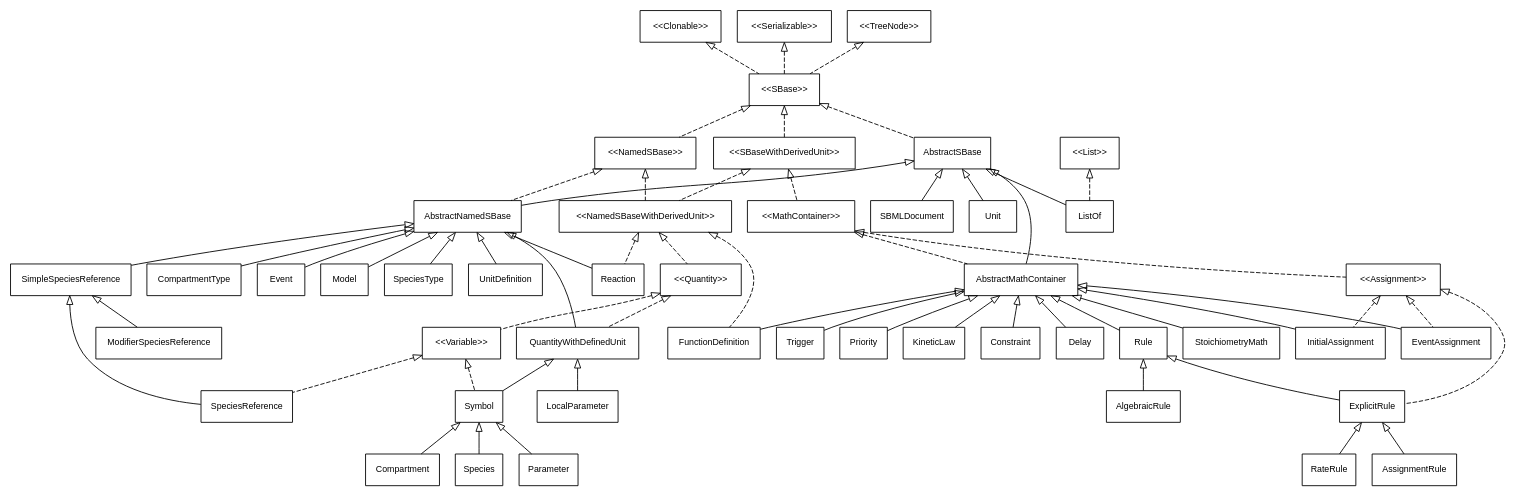
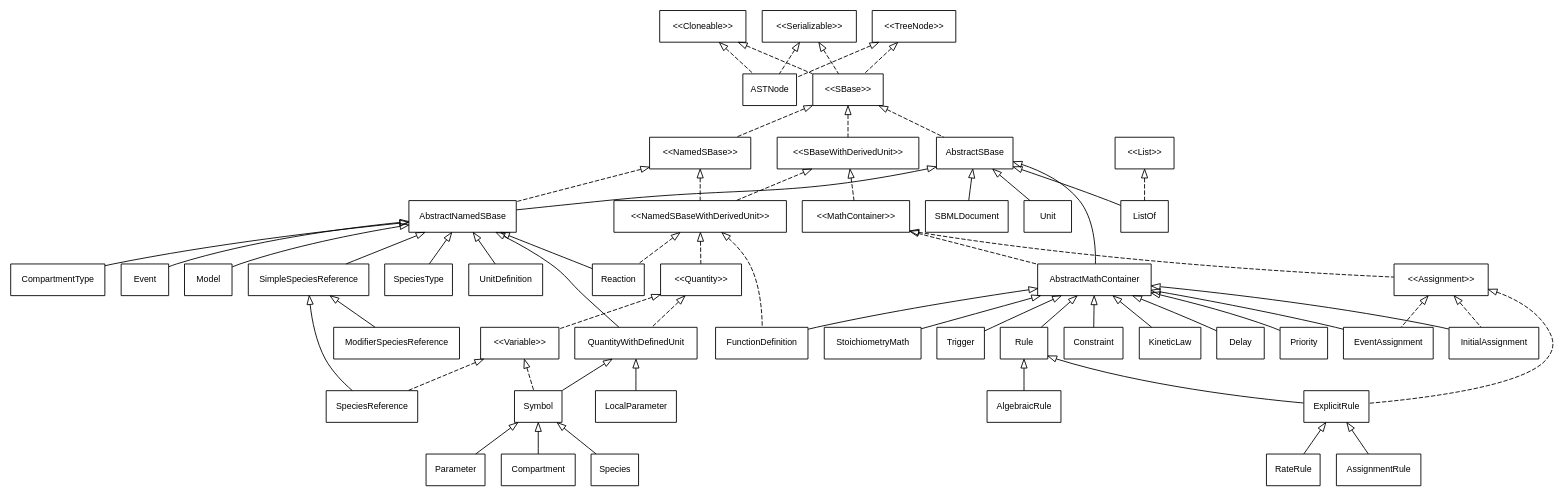
Before and after one commit to sbmlteam/jsbml: the diagram in files/FullTypeHierarchy.dot, drawn with Graphviz. The commit also changed 4 other files, not shown here.

Commit message:
ASTNode now also declares its cloneable property by extending the dedicated java interface and has now also become part of our type hierarchy graph.

```diff
--- a/files/FullTypeHierarchy.dot
+++ b/files/FullTypeHierarchy.dot
@@ -1,81 +1,135 @@
 #!/usr/local/bin/dot
 #
 # dot -Tpdf FullTypeHierarchy.dot -oFullTypeHierarchy.pdf && acroread FullTypeHierarchy.pdf &
+# dot -Tpng FullTypeHierarchy.dot -oFullTypeHierarchy.png
 
 strict digraph G{
-  
+
+	  nodesep=0.25;
+	  ranksep=0.5;
+	    
   	edge [
   	  fontname="Helvetica",
   	  fontsize=10,
   	  labelfontname="Helvetica",
   	  labelfontsize=10
   	];
 	  node [
 	    fontname="Helvetica",
 	    fontsize=10,
 	    shape=box
 	  ];
-	  nodesep=0.25;
-	  ranksep=0.5;
   
+  Cloneable                 [label="<<Cloneable>>"];
+  Serializable              [label="<<Serializable>>"];
+  TreeNode                  [label="<<TreeNode>>"];
+  ASTNode                   [label="ASTNode"];
+  SBase                     [label="<<SBase>>"];
+  namedSBase                [label="<<NamedSBase>>"];
+  NamedSBaseWithDerivedUnit [label="<<NamedSBaseWithDerivedUnit>>"];
+  MathContainer             [label="<<MathContainer>>"];
+  Assignment                [label="<<Assignment>>"];
+  AbstractMathContainer     [label="AbstractMathContainer"];
+  AbstractNamedSBase        [label="AbstractNamedSBase"];
+  FunctionDefinition        [label=FunctionDefinition];
+  AbstractSBase             [label="AbstractSBase"];
+  ListOf                    [label="ListOf"];
+  List                      [label="<<List>>"];
+  Rule                      [label="Rule"];
+  Constraint                [label="Constraint"];
+  AlgebraicRule             [label="AlgebraicRule"];
+  ExplicitRule              [label="ExplicitRule"];
+  AssignmentRule            [label="AssignmentRule"];
+  KineticLaw                [label="KineticLaw"];
+  SBMLDocument              [label="SBMLDocument"];
+  Unit                      [label="Unit"];
+  Delay                     [label="Delay"];
+  Reaction                  [label="Reaction"];
+  Priority                  [label="Priority"];
+  RateRule                  [label="RateRule"];
+  CompartmentType           [label="CompartmentType"];
+  Event                     [label="Event"];
+  EventAssignment           [label="EventAssignment"];
+  Model                     [label="Model"];
+  SimpleSpeciesReference    [label="SimpleSpeciesReference"];
+  SpeciesType               [label="SpeciesType"];
+  InitialAssignment         [label="InitialAssignment"];
+  UnitDefinition            [label="UnitDefinition"];
+  StoichiometryMath         [label="StoichiometryMath"];
+  Delay                     [label="Delay"];
+  SpeciesReference          [label="SpeciesReference"];
+  ModifierSpeciesReference  [label="ModifierSpeciesReference"];
+  QuantityWithDefinedUnit   [label="QuantityWithDefinedUnit"];
+  Quantity                  [label="<<Quantity>>"];
+  SBaseWithDerivedUnit      [label="<<SBaseWithDerivedUnit>>"];
+  Variable                  [label="<<Variable>>"];
+  Symbol                    [label="Symbol"];
+  Parameter                 [label="Parameter"];
+  Compartment               [label="Compartment"];
+  Species                   [label="Species"];
+  LocalParameter            [label="LocalParameter"];
+  Trigger                   [label="Trigger"];
   
 
-  "<<Clonable>>" -> "<<SBase>>" [dir=back,arrowtail=empty,style=dashed];
-  "<<Serializable>>" -> "<<SBase>>"  [dir=back,arrowtail=empty,style=dashed];
-  "<<TreeNode>>" -> "<<SBase>>"  [dir=back,arrowtail=empty,style=dashed];
-  "<<SBase>>" -> "<<NamedSBase>>" [dir=back,arrowtail=empty,style=dashed];
-  "<<SBase>>" -> "<<SBaseWithDerivedUnit>>" [dir=back,arrowtail=empty,style=dashed];
-  "<<SBaseWithDerivedUnit>>" -> "<<MathContainer>>" [dir=back,arrowtail=empty,style=dashed];
-  "<<MathContainer>>" -> "AbstractMathContainer" [dir=back,arrowtail=empty,style=dashed];
-  "<<MathContainer>>" -> "<<Assignment>>" [dir=back,arrowtail=empty,style=dashed];
-  "AbstractMathContainer" -> "FunctionDefinition" [dir=back,arrowtail=empty];
-  "AbstractMathContainer" -> "KineticLaw" [dir=back,arrowtail=empty];
-  "<<SBase>>" -> "AbstractSBase" [dir=back,arrowtail=empty,style=dashed];
-  "AbstractSBase" -> "AbstractNamedSBase" [dir=back,arrowtail=empty];
-  "<<NamedSBase>>" -> "AbstractNamedSBase" [dir=back,arrowtail=empty,style=dashed];
-  "AbstractNamedSBase" -> "Reaction" [dir=back,arrowtail=empty];
-  "AbstractSBase" -> "ListOf" [dir=back,arrowtail=empty];
-  "<<List>>" -> "ListOf" [dir=back,arrowtail=empty,style=dashed];
-  "AbstractSBase" -> "SBMLDocument" [dir=back,arrowtail=empty];
-  "AbstractSBase" -> "Unit" [dir=back,arrowtail=empty];
-  "AbstractSBase" -> "AbstractMathContainer" [dir=back,arrowtail=empty];
-  "AbstractMathContainer" -> "Constraint" [dir=back,arrowtail=empty];
-  "AbstractMathContainer" -> "Delay" [dir=back,arrowtail=empty];
-  "AbstractMathContainer" -> "EventAssignment" [dir=back,arrowtail=empty];
-  "AbstractMathContainer" -> "InitialAssignment" [dir=back,arrowtail=empty];
-  "AbstractMathContainer" -> "KineticLaw" [dir=back,arrowtail=empty];
-  "AbstractMathContainer" -> "Rule" [dir=back,arrowtail=empty];
-  "AbstractMathContainer" -> "StoichiometryMath" [dir=back,arrowtail=empty];
-  "AbstractMathContainer" -> "Trigger" [dir=back,arrowtail=empty];
-  "AbstractMathContainer" -> "Priority" [dir=back,arrowtail=empty];
-  "Rule" -> "AlgebraicRule" [dir=back,arrowtail=empty];
-  "Rule" -> "ExplicitRule" [dir=back,arrowtail=empty];
-  "ExplicitRule" -> "AssignmentRule" [dir=back,arrowtail=empty];
-  "ExplicitRule" -> "RateRule" [dir=back,arrowtail=empty];
-  "<<Assignment>>" -> "ExplicitRule" [dir=back,arrowtail=empty,style=dashed];
-  "<<Assignment>>" -> "InitialAssignment" [dir=back,arrowtail=empty,style=dashed];
-  "<<Assignment>>" -> "EventAssignment" [dir=back,arrowtail=empty,style=dashed];
-  "AbstractNamedSBase" -> "CompartmentType" [dir=back,arrowtail=empty];
-  "AbstractNamedSBase" -> "Event" [dir=back,arrowtail=empty];
-  "AbstractNamedSBase" -> "Model" [dir=back,arrowtail=empty];
-  "AbstractNamedSBase" -> "SimpleSpeciesReference" [dir=back,arrowtail=empty];
-  "AbstractNamedSBase" -> "SpeciesType" [dir=back,arrowtail=empty];
-  "AbstractNamedSBase" -> "UnitDefinition" [dir=back,arrowtail=empty];
-  "SimpleSpeciesReference" -> "SpeciesReference" [dir=back,arrowtail=empty];
-  "SimpleSpeciesReference" -> "ModifierSpeciesReference" [dir=back,arrowtail=empty];
-  "<<Quantity>>" -> "QuantityWithDefinedUnit" [dir=back,arrowtail=empty,style=dashed];
-  "<<Quantity>>" -> "<<Variable>>" [dir=back,arrowtail=empty,style=dashed];
-  "<<Variable>>" -> "Symbol" [dir=back,arrowtail=empty,style=dashed];
-  "QuantityWithDefinedUnit" -> "Symbol" [dir=back,arrowtail=empty];
-  "Symbol" -> "Compartment" [dir=back,arrowtail=empty];
-  "Symbol" -> "Species" [dir=back,arrowtail=empty];
-  "Symbol" -> "Parameter" [dir=back,arrowtail=empty];
-  "<<Variable>>" -> "SpeciesReference" [dir=back,arrowtail=empty,style=dashed];
-  "QuantityWithDefinedUnit" -> "LocalParameter" [dir=back,arrowtail=empty];
-  "AbstractNamedSBase" -> "QuantityWithDefinedUnit" [dir=back,arrowtail=empty];
-  "<<SBaseWithDerivedUnit>>" -> "<<NamedSBaseWithDerivedUnit>>" [dir=back,arrowtail=empty,style=dashed];
-  "<<NamedSBase>>" -> "<<NamedSBaseWithDerivedUnit>>" [dir=back,arrowtail=empty,style=dashed];
-  "<<NamedSBaseWithDerivedUnit>>" -> "<<Quantity>>" [dir=back,arrowtail=empty,style=dashed];
-  "<<NamedSBaseWithDerivedUnit>>" -> "Reaction" [dir=back,arrowtail=empty,style=dashed];
-  "<<NamedSBaseWithDerivedUnit>>" -> "FunctionDefinition"  [dir=back,arrowtail=empty,style=dashed];
+  Cloneable                 -> SBase                     [dir=back,arrowtail=empty,style=dashed];
+  Cloneable                 -> ASTNode                   [dir=back,arrowtail=empty,style=dashed];
+  Serializable              -> SBase                     [dir=back,arrowtail=empty,style=dashed];
+  Serializable              -> ASTNode                   [dir=back,arrowtail=empty,style=dashed];
+  TreeNode                  -> SBase                     [dir=back,arrowtail=empty,style=dashed];
+  TreeNode                  -> ASTNode                   [dir=back,arrowtail=empty,style=dashed];
+  SBase                     -> namedSBase                [dir=back,arrowtail=empty,style=dashed];
+  SBase                     -> SBaseWithDerivedUnit      [dir=back,arrowtail=empty,style=dashed];
+  SBaseWithDerivedUnit      -> MathContainer             [dir=back,arrowtail=empty,style=dashed];
+  SBaseWithDerivedUnit      -> NamedSBaseWithDerivedUnit [dir=back,arrowtail=empty,style=dashed];
+  MathContainer             -> AbstractMathContainer     [dir=back,arrowtail=empty,style=dashed];
+  MathContainer             -> Assignment                [dir=back,arrowtail=empty,style=dashed];
+  AbstractMathContainer     -> FunctionDefinition        [dir=back,arrowtail=empty];
+  AbstractMathContainer     -> KineticLaw                [dir=back,arrowtail=empty];
+  SBase                     -> AbstractSBase             [dir=back,arrowtail=empty,style=dashed];
+  AbstractSBase             -> AbstractNamedSBase        [dir=back,arrowtail=empty];
+  namedSBase                -> AbstractNamedSBase        [dir=back,arrowtail=empty,style=dashed];
+  AbstractNamedSBase        -> Reaction                  [dir=back,arrowtail=empty];
+  AbstractSBase             -> ListOf                    [dir=back,arrowtail=empty];
+  List                      -> ListOf                    [dir=back,arrowtail=empty,style=dashed];
+  AbstractSBase             -> SBMLDocument              [dir=back,arrowtail=empty];
+  AbstractSBase             -> Unit                      [dir=back,arrowtail=empty];
+  AbstractSBase             -> AbstractMathContainer     [dir=back,arrowtail=empty];
+  AbstractMathContainer     -> Constraint                [dir=back,arrowtail=empty];
+  AbstractMathContainer     -> Delay                     [dir=back,arrowtail=empty];
+  AbstractMathContainer     -> EventAssignment           [dir=back,arrowtail=empty];
+  AbstractMathContainer     -> InitialAssignment         [dir=back,arrowtail=empty];
+  AbstractMathContainer     -> KineticLaw                [dir=back,arrowtail=empty];
+  AbstractMathContainer     -> Rule                      [dir=back,arrowtail=empty];
+  AbstractMathContainer     -> StoichiometryMath         [dir=back,arrowtail=empty];
+  AbstractMathContainer     -> Trigger                   [dir=back,arrowtail=empty];
+  AbstractMathContainer     -> Priority                  [dir=back,arrowtail=empty];
+  Rule                      -> AlgebraicRule             [dir=back,arrowtail=empty];
+  Rule                      -> ExplicitRule              [dir=back,arrowtail=empty];
+  ExplicitRule              -> AssignmentRule            [dir=back,arrowtail=empty];
+  ExplicitRule              -> RateRule                  [dir=back,arrowtail=empty];
+  Assignment                -> ExplicitRule              [dir=back,arrowtail=empty,style=dashed];
+  Assignment                -> InitialAssignment         [dir=back,arrowtail=empty,style=dashed];
+  Assignment                -> EventAssignment           [dir=back,arrowtail=empty,style=dashed];
+  AbstractNamedSBase        -> CompartmentType           [dir=back,arrowtail=empty];
+  AbstractNamedSBase        -> Event                     [dir=back,arrowtail=empty];
+  AbstractNamedSBase        -> Model                     [dir=back,arrowtail=empty];
+  AbstractNamedSBase        -> SimpleSpeciesReference    [dir=back,arrowtail=empty];
+  AbstractNamedSBase        -> SpeciesType               [dir=back,arrowtail=empty];
+  AbstractNamedSBase        -> UnitDefinition            [dir=back,arrowtail=empty];
+  SimpleSpeciesReference    -> SpeciesReference          [dir=back,arrowtail=empty];
+  SimpleSpeciesReference    -> ModifierSpeciesReference  [dir=back,arrowtail=empty];
+  Quantity                  -> QuantityWithDefinedUnit   [dir=back,arrowtail=empty,style=dashed];
+  Quantity                  -> Variable                  [dir=back,arrowtail=empty,style=dashed];
+  Variable                  -> Symbol                    [dir=back,arrowtail=empty,style=dashed];
+  QuantityWithDefinedUnit   -> Symbol                    [dir=back,arrowtail=empty];
+  Symbol                    -> Compartment               [dir=back,arrowtail=empty];
+  Symbol                    -> Species                   [dir=back,arrowtail=empty];
+  Symbol                    -> Parameter                 [dir=back,arrowtail=empty];
+  Variable                  -> SpeciesReference          [dir=back,arrowtail=empty,style=dashed];
+  QuantityWithDefinedUnit   -> LocalParameter            [dir=back,arrowtail=empty];
+  AbstractNamedSBase        -> QuantityWithDefinedUnit   [dir=back,arrowtail=empty];
+  namedSBase                -> NamedSBaseWithDerivedUnit [dir=back,arrowtail=empty,style=dashed];
+  NamedSBaseWithDerivedUnit -> Quantity                  [dir=back,arrowtail=empty,style=dashed];
+  NamedSBaseWithDerivedUnit -> Reaction                  [dir=back,arrowtail=empty,style=dashed];
+  NamedSBaseWithDerivedUnit -> FunctionDefinition        [dir=back,arrowtail=empty,style=dashed];
 }
```
